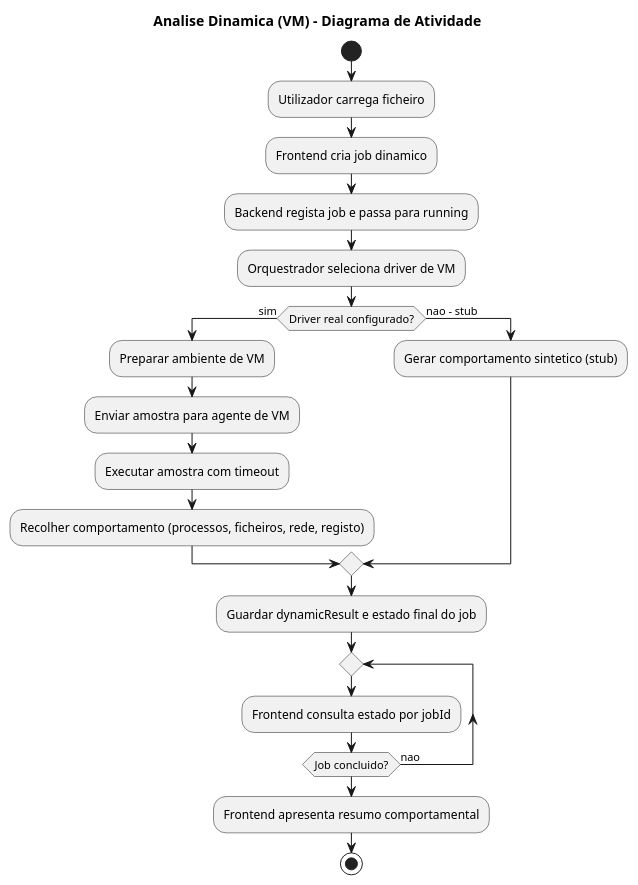
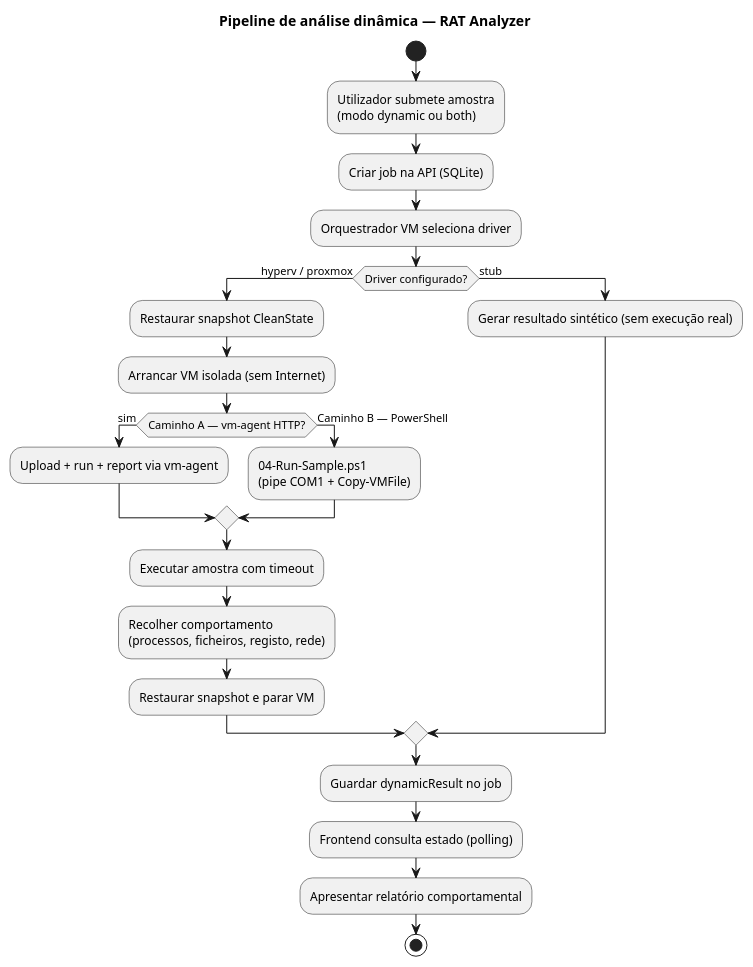
Before and after one commit to tlxp/PROJETO: the diagram in docs/diagrams/analysis-activity-dynamic.puml, drawn with PlantUML. The commit also changed 204 other files, not shown here.

```diff
--- a/docs/diagrams/analysis-activity-dynamic.puml
+++ b/docs/diagrams/analysis-activity-dynamic.puml
@@ -1,28 +1,29 @@
 @startuml
-title Analise Dinamica (VM) - Diagrama de Atividade
+title Pipeline de análise dinâmica — RAT Analyzer
 
 start
-:Utilizador carrega ficheiro;
-:Frontend cria job dinamico;
-:Backend regista job e passa para running;
-:Orquestrador seleciona driver de VM;
+:Utilizador submete amostra\n(modo dynamic ou both);
+:Criar job na API (SQLite);
+:Orquestrador VM seleciona driver;
 
-if (Driver real configurado?) then (sim)
-  :Preparar ambiente de VM;
-  :Enviar amostra para agente de VM;
+if (Driver configurado?) then (hyperv / proxmox)
+  :Restaurar snapshot CleanState;
+  :Arrancar VM isolada (sem Internet);
+  if (Caminho A — vm-agent HTTP?) then (sim)
+    :Upload + run + report via vm-agent;
+  else (Caminho B — PowerShell)
+    :04-Run-Sample.ps1\n(pipe COM1 + Copy-VMFile);
+  endif
   :Executar amostra com timeout;
-  :Recolher comportamento (processos, ficheiros, rede, registo);
-else (nao - stub)
-  :Gerar comportamento sintetico (stub);
+  :Recolher comportamento\n(processos, ficheiros, registo, rede);
+  :Restaurar snapshot e parar VM;
+else (stub)
+  :Gerar resultado sintético (sem execução real);
 endif
 
-:Guardar dynamicResult e estado final do job;
-
-repeat
-  :Frontend consulta estado por jobId;
-repeat while (Job concluido?) is (nao)
-
-:Frontend apresenta resumo comportamental;
+:Guardar dynamicResult no job;
+:Frontend consulta estado (polling);
+:Apresentar relatório comportamental;
 stop
 
 @enduml
```
